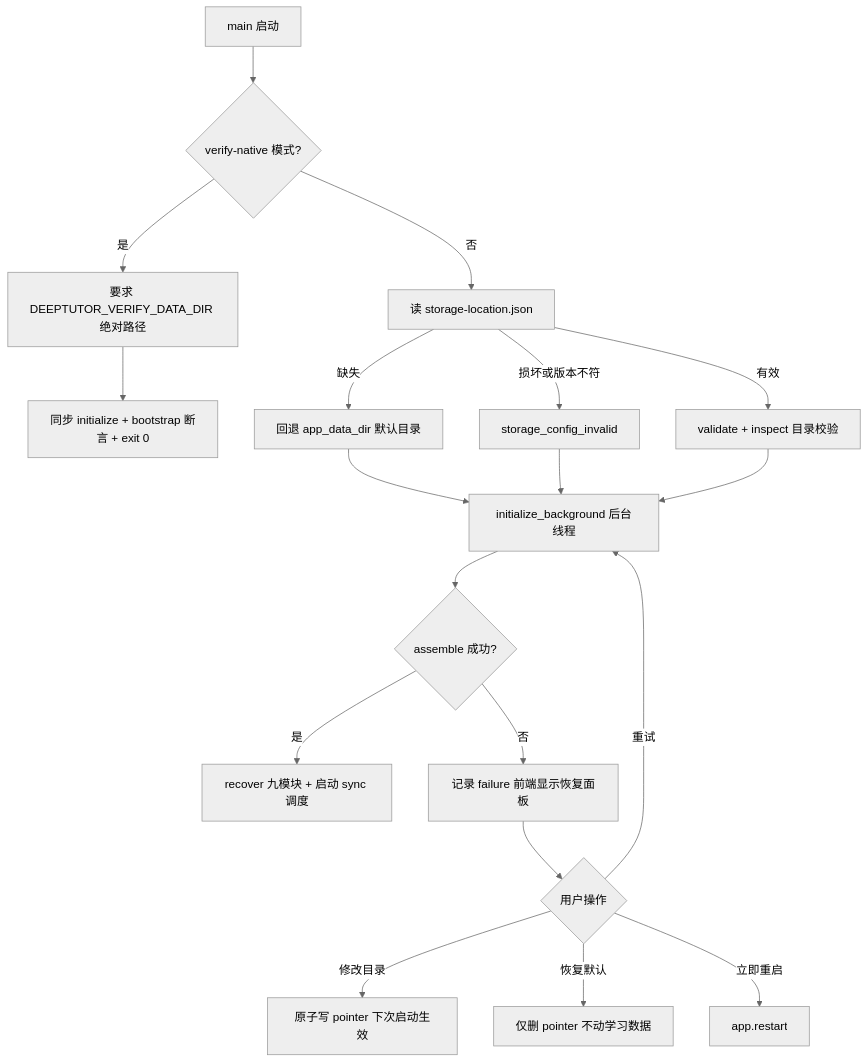
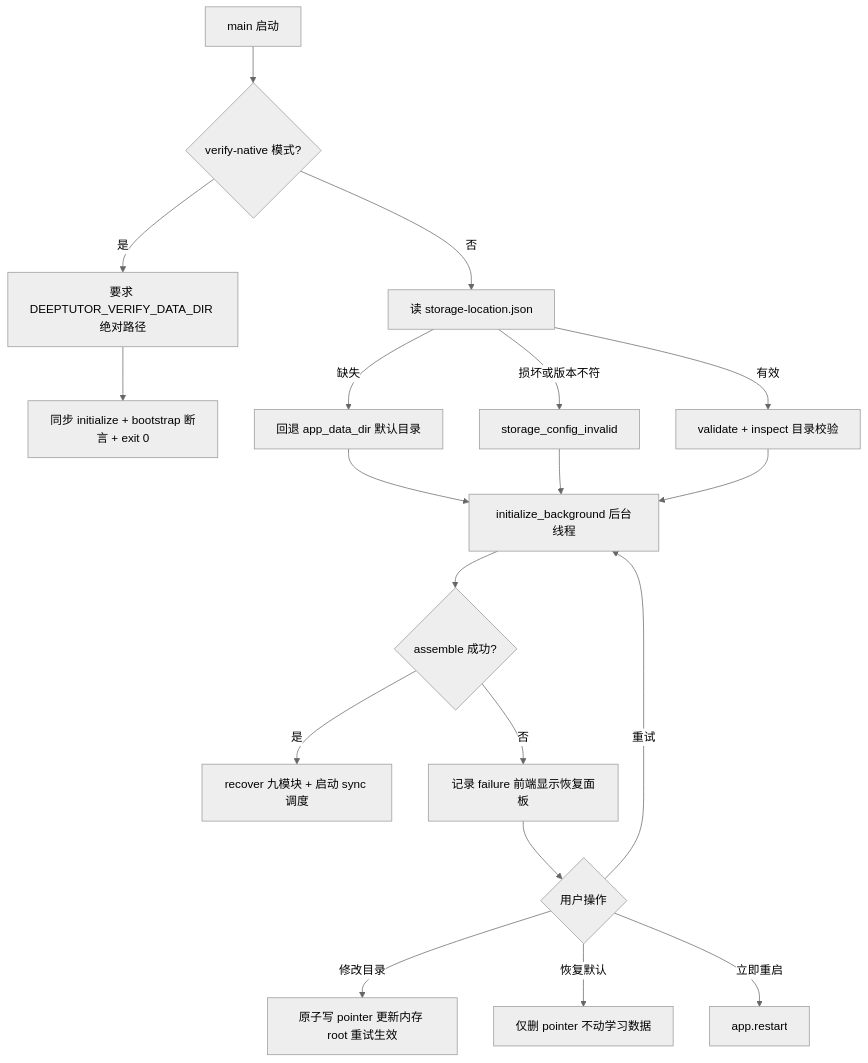
Before and after one commit to hershate/Deep-tutor: the second of 23 diagrams in docs/architecture/02-operation-principles.md, drawn with Mermaid (neutral theme). The commit also changed other lines of this file and 17 other files, not shown here.

````diff
--- a/docs/architecture/02-operation-principles.md
+++ b/docs/architecture/02-operation-principles.md
@@ -32,21 +32,21 @@
 ```mermaid
 flowchart TD
     A[main 启动] --> B{verify-native 模式?}
     B -->|是| C[要求 DEEPTUTOR_VERIFY_DATA_DIR 绝对路径]
     C --> D[同步 initialize + bootstrap 断言 + exit 0]
     B -->|否| E[读 storage-location.json]
     E -->|缺失| F[回退 app_data_dir 默认目录]
     E -->|损坏或版本不符| G[storage_config_invalid]
     E -->|有效| H[validate + inspect 目录校验]
     F --> I[initialize_background 后台线程]
     G --> I
     H --> I
     I --> J{assemble 成功?}
     J -->|是| K[recover 九模块 + 启动 sync 调度]
     J -->|否| L[记录 failure 前端显示恢复面板]
     L --> M{用户操作}
     M -->|重试| I
-    M -->|修改目录| N[原子写 pointer 下次启动生效]
+    M -->|修改目录| N[原子写 pointer 更新内存 root 重试生效]
     M -->|恢复默认| O[仅删 pointer 不动学习数据]
     M -->|立即重启| P[app.restart]
 ```
````
